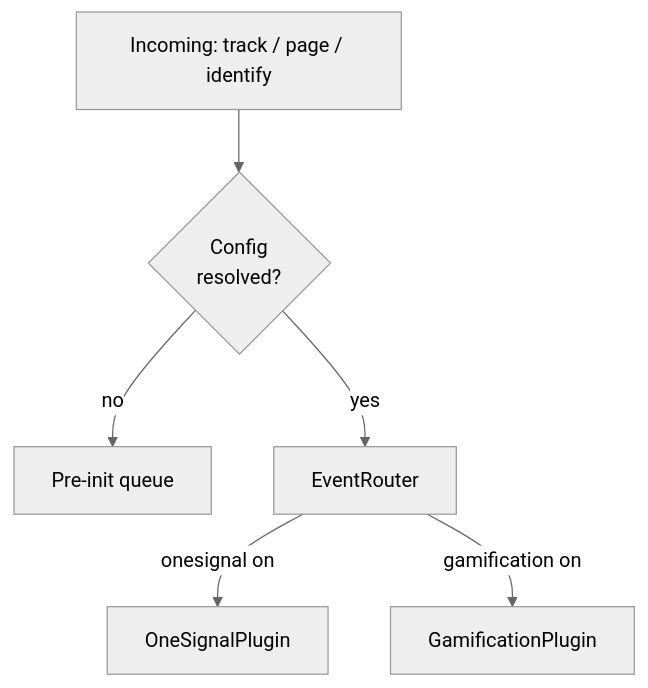
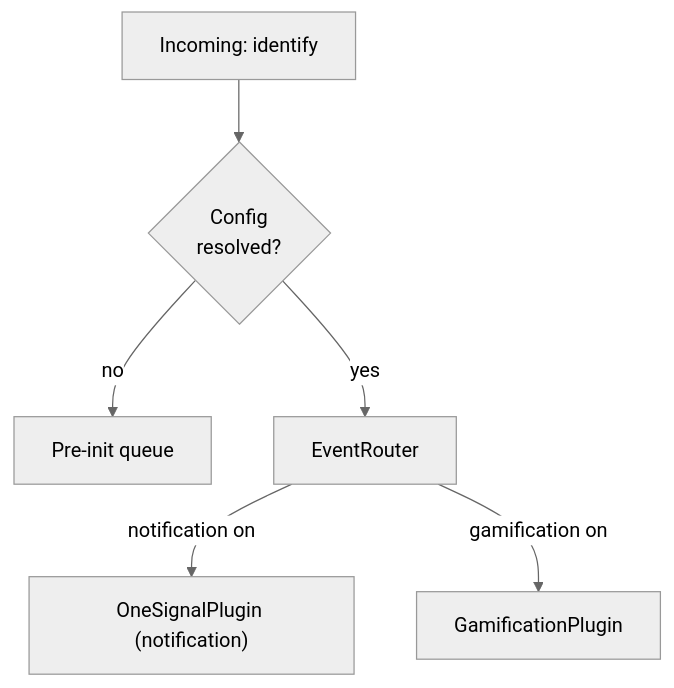
The eighth of 8 diagrams in docs/superpowers/architecture/2026-03-20-cexp-hub-sdk-system-architecture.md (CExP-dev/cexp-hub-sdk), drawn with Mermaid (neutral theme) before and after one commit. The commit also changed other lines of this file and 23 other files, not shown here.

````diff
--- a/docs/superpowers/architecture/2026-03-20-cexp-hub-sdk-system-architecture.md
+++ b/docs/superpowers/architecture/2026-03-20-cexp-hub-sdk-system-architecture.md
@@ -243,9 +241,9 @@
 ```mermaid
 flowchart TB
-  E["Incoming: track / page / identify"] --> PQ{"Config\nresolved?"}
+  E["Incoming: identify"] --> PQ{"Config\nresolved?"}
   PQ -->|no| Q["Pre-init queue"]
   PQ -->|yes| R[EventRouter]
 
-  R -->|"onesignal on"| O[OneSignalPlugin]
+  R -->|"notification on"| O["OneSignalPlugin (notification)"]
   R -->|"gamification on"| G[GamificationPlugin]
 ```
````
